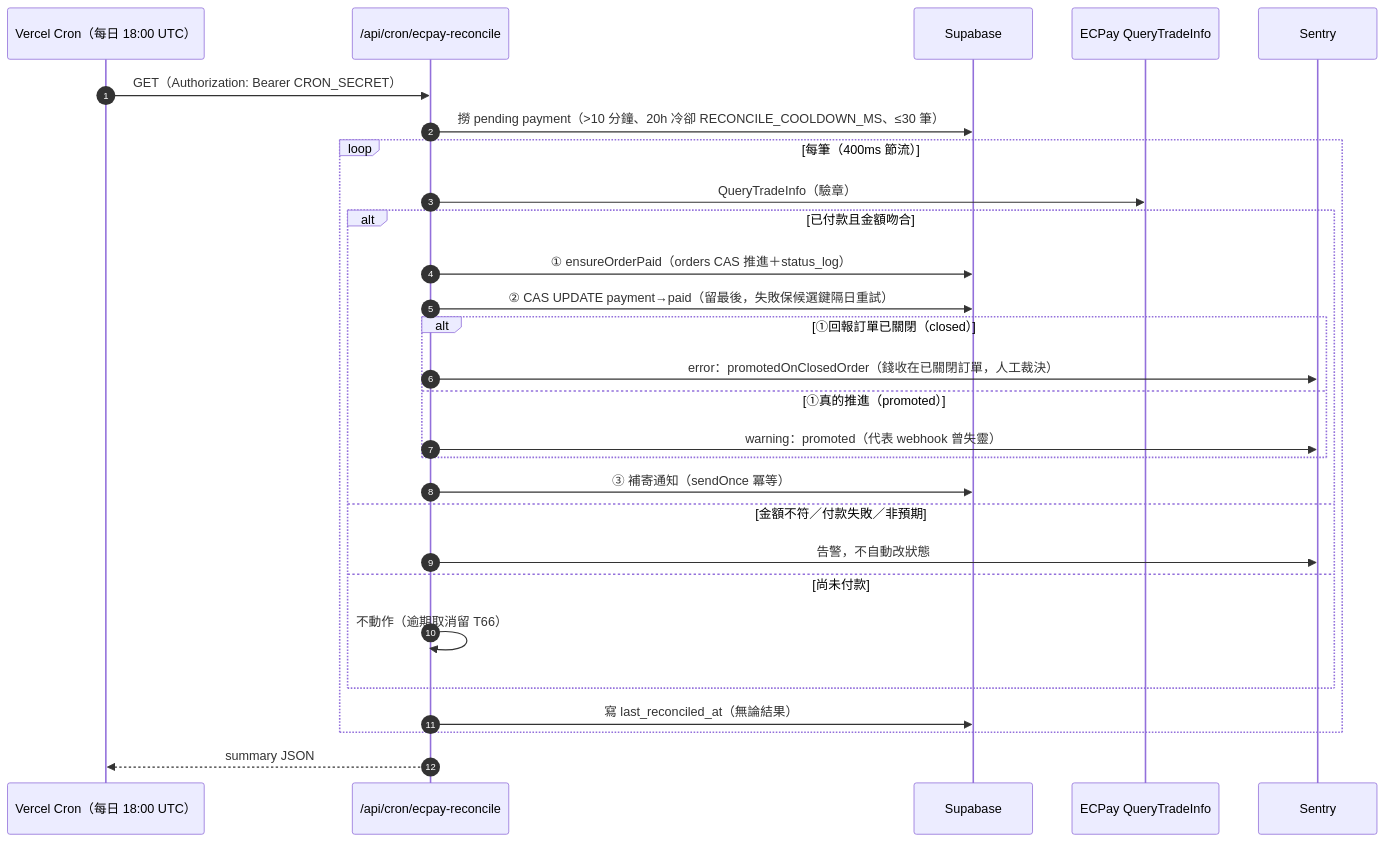
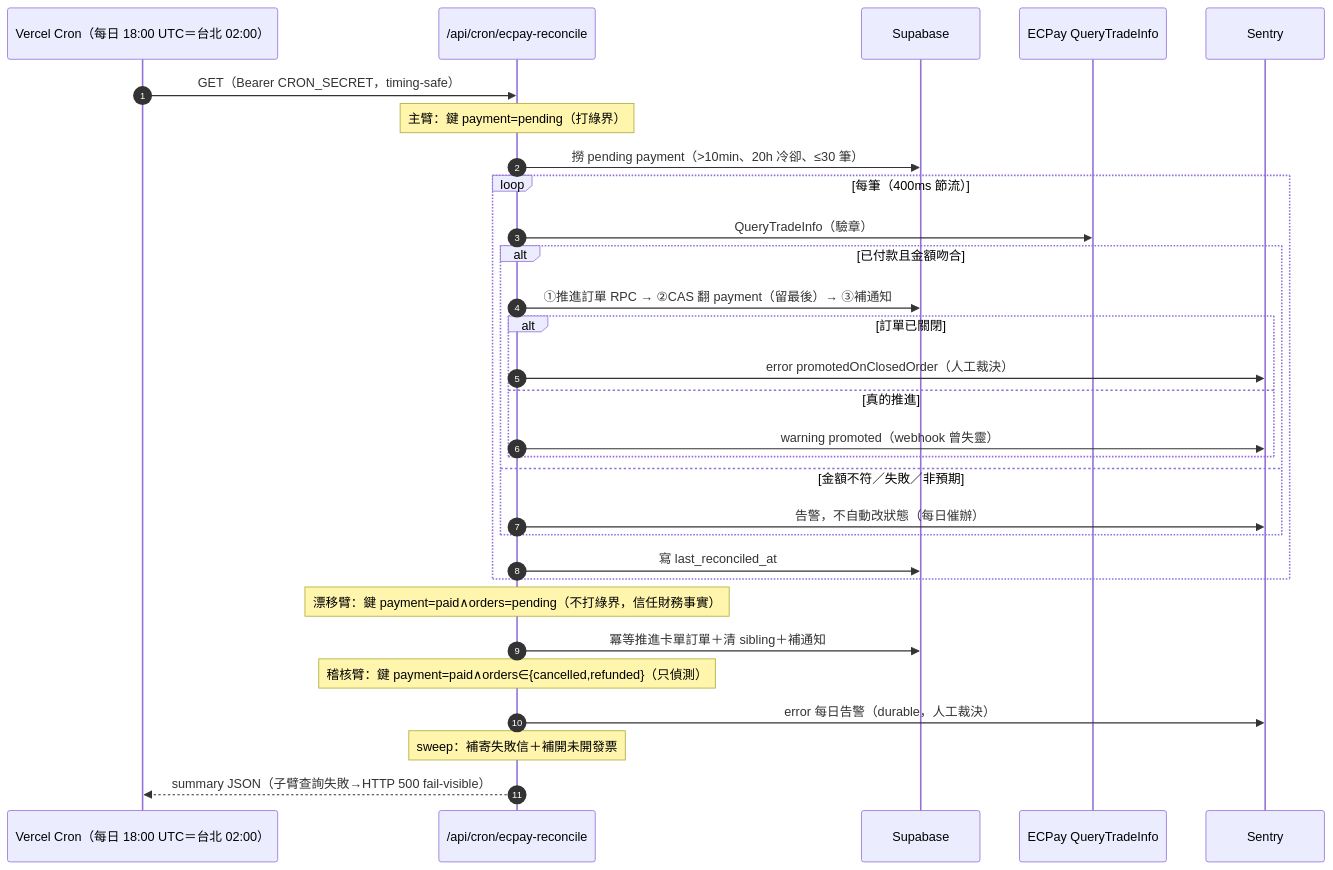
The third of 5 diagrams in docs/architecture.md (incantochen/incantochen), drawn with Mermaid before and after one commit. The commit also changed other lines of this file and 2 other files, not shown here.

First line of the commit message:
docs: architecture.md 全面刷新至 M2 現況＋儀表板 HTML

````diff
--- a/docs/architecture.md
+++ b/docs/architecture.md
@@ -161,31 +188,33 @@
 ```mermaid
 sequenceDiagram
     autonumber
-    participant V as Vercel Cron（每日 18:00 UTC）
+    participant V as Vercel Cron（每日 18:00 UTC＝台北 02:00）
     participant R as /api/cron/ecpay-reconcile
     participant DB as Supabase
     participant EC as ECPay QueryTradeInfo
     participant S as Sentry
 
-    V->>R: GET（Authorization: Bearer CRON_SECRET）
-    R->>DB: 撈 pending payment（>10 分鐘、20h 冷卻 RECONCILE_COOLDOWN_MS、≤30 筆）
+    V->>R: GET（Bearer CRON_SECRET，timing-safe）
+    Note over R: 主臂：鍵 payment=pending（打綠界）
+    R->>DB: 撈 pending payment（>10min、20h 冷卻、≤30 筆）
     loop 每筆（400ms 節流）
         R->>EC: QueryTradeInfo（驗章）
         alt 已付款且金額吻合
-            R->>DB: ① ensureOrderPaid（orders CAS 推進＋status_log）
-            R->>DB: ② CAS UPDATE payment→paid（留最後，失敗保候選鍵隔日重試）
-            alt ①回報訂單已關閉（closed）
-                R->>S: error：promotedOnClosedOrder（錢收在已關閉訂單，人工裁決）
-            else ①真的推進（promoted）
-                R->>S: warning：promoted（代表 webhook 曾失靈）
+            R->>DB: ①推進訂單 RPC → ②CAS 翻 payment（留最後）→ ③補通知
+            alt 訂單已關閉
+                R->>S: error promotedOnClosedOrder（人工裁決）
+            else 真的推進
+                R->>S: warning promoted（webhook 曾失靈）
             end
-            R->>DB: ③ 補寄通知（sendOnce 冪等）
-        else 金額不符／付款失敗／非預期
-            R->>S: 告警，不自動改狀態
-        else 尚未付款
-            R->>R: 不動作（逾期取消留 T66）
+        else 金額不符／失敗／非預期
+            R->>S: 告警，不自動改狀態（每日催辦）
         end
-        R->>DB: 寫 last_reconciled_at（無論結果）
+        R->>DB: 寫 last_reconciled_at
     end
-    R-->>V: summary JSON
+    Note over R: 漂移臂：鍵 payment=paid∧orders=pending（不打綠界，信任財務事實）
+    R->>DB: 冪等推進卡單訂單＋清 sibling＋補通知
+    Note over R: 稽核臂：鍵 payment=paid∧orders∈{cancelled,refunded}（只偵測）
+    R->>S: error 每日告警（durable，人工裁決）
+    Note over R: sweep：補寄失敗信＋補開未開發票
+    R-->>V: summary JSON（子臂查詢失敗→HTTP 500 fail-visible）
 ```
````
